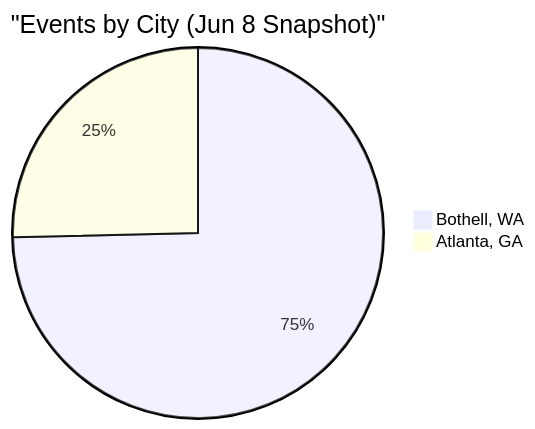
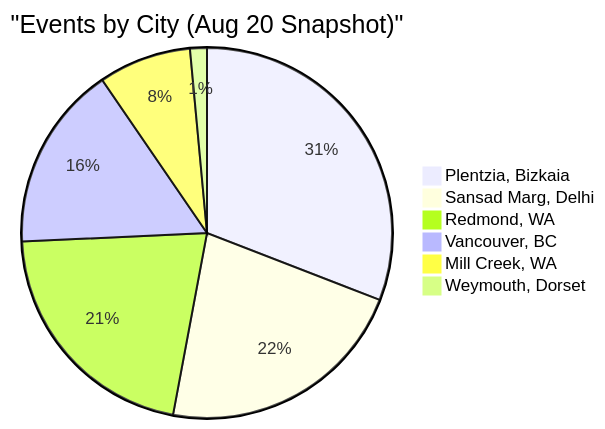
Before and after one commit to thrustCoder/gamer-uncle: the second of 3 diagrams in docs/telemetry/usage_analytics.md, drawn with Mermaid. The commit also changed other lines of this file and 42 other files, not shown here.

````diff
--- a/docs/telemetry/usage_analytics.md
+++ b/docs/telemetry/usage_analytics.md
@@ -57,5 +66,9 @@
 ```mermaid
-pie title "Events by City (Jun 8 Snapshot)"
-    "Bothell, WA" : 50
-    "Atlanta, GA" : 17
+pie title "Events by City (Aug 20 Snapshot)"
+    "Plentzia, Bizkaia" : 42
+    "Sansad Marg, Delhi" : 30
+    "Redmond, WA" : 29
+    "Vancouver, BC" : 22
+    "Mill Creek, WA" : 11
+    "Weymouth, Dorset" : 2
 ```
````
